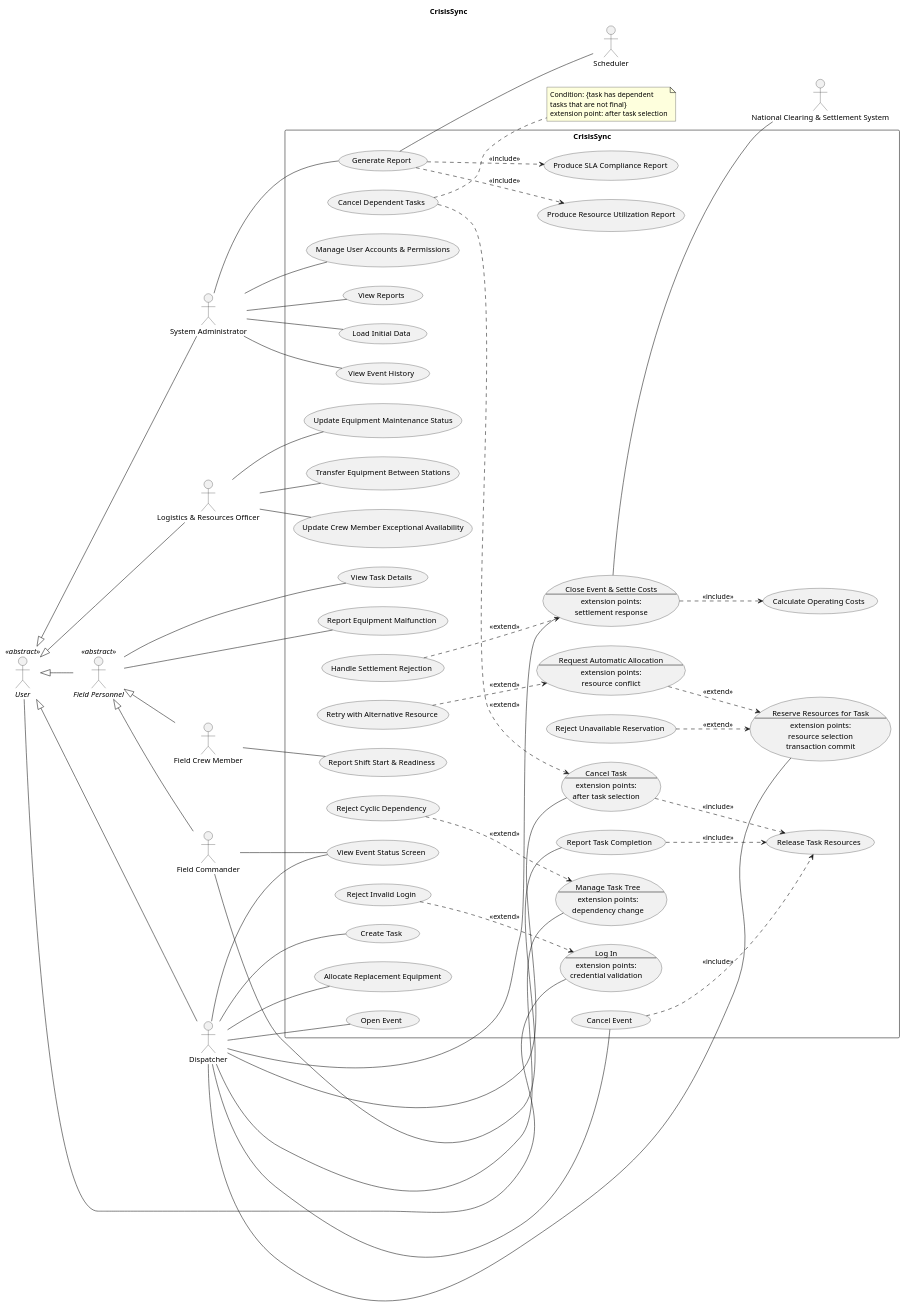
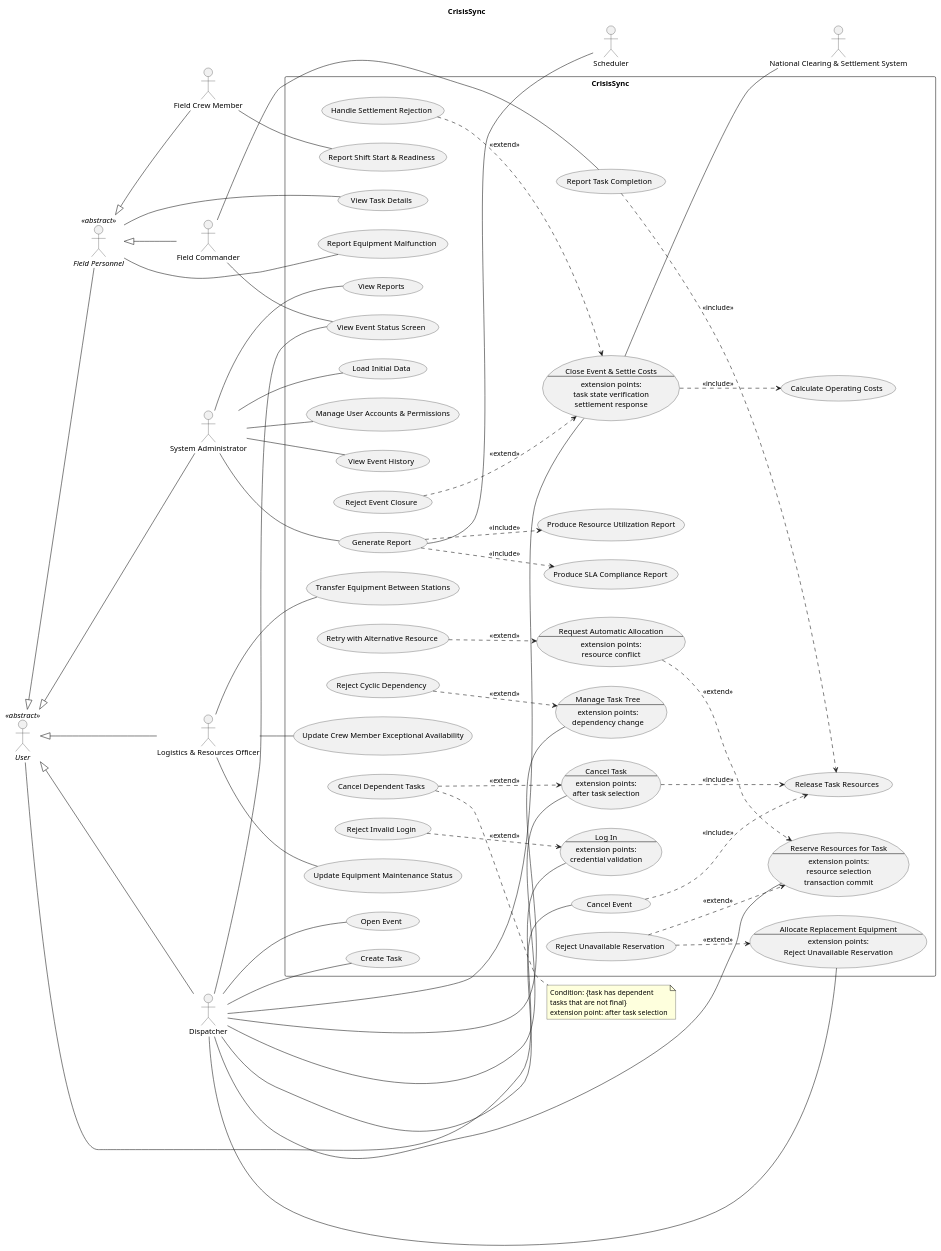
Before and after one commit to Zer0Hiro/CrysisSync: the diagram in UseCase/useCase.puml, drawn with PlantUML. The commit also changed 3 other files, not shown here.

First line of the commit message:
Add exception use cases for event closure and replacement reservation

```diff
--- a/UseCase/useCase.puml
+++ b/UseCase/useCase.puml
@@ -1,152 +1,161 @@
 @startuml
 'skinparam actorStyle awesome
 left to right direction
 title CrisisSync
 
 ' ===== Actors =====
 actor "//User//" as USER <<abstract>>
 actor "System Administrator" as SA
 actor "Logistics & Resources Officer" as LO
 actor "Dispatcher" as D
 actor "//Field Personnel//" as FP <<abstract>>
 actor "Field Commander" as FC
 actor "Field Crew Member" as FCM
 actor "National Clearing & Settlement System" as NCSS
 actor "Scheduler" as SCHED
 
 ' ===== Actor generalization (parent <|-- child: arrow still points to parent; parent is laid out to the left) =====
 USER <|-- SA
 USER <|-- LO
 USER <|-- D
 USER <|-- FP
 FP <|-- FC
 FP <|-- FCM
 
 ' ===== System boundary =====
 rectangle "CrisisSync" {
   usecase Login as "Log In
 --
 extension points:
 credential validation"
   usecase "Reject Invalid Login" as RejectLogin
 
   ' --- Administration ---
   usecase "Manage User Accounts & Permissions" as ManageUsers
   usecase "Load Initial Data" as LoadData
   usecase "View Event History" as EventHistory
   usecase "Generate Report" as GenerateReport
   usecase "Produce SLA Compliance Report" as SLAReport
   usecase "Produce Resource Utilization Report" as UtilizationReport
   usecase "View Reports" as ViewReports
 
   ' --- Resource Management ---
   usecase "Update Equipment Maintenance Status" as Maintenance
   usecase "Transfer Equipment Between Stations" as TransferEquipment
   usecase "Update Crew Member Exceptional Availability" as ExceptionalAvailability
 
   ' --- Event & Task Management ---
   usecase "Open Event" as OpenEvent
   usecase "Create Task" as CreateTask
   usecase "Cancel Event" as CancelEvent
   usecase ManageTaskTree as "Manage Task Tree
 --
 extension points:
 dependency change"
   usecase "Reject Cyclic Dependency" as RejectCycle
   usecase ReserveResources as "Reserve Resources for Task
 --
 extension points:
 resource selection
 transaction commit"
   usecase AutoAllocation as "Request Automatic Allocation
 --
 extension points:
 resource conflict"
   usecase "Retry with Alternative Resource" as RetryAlternative
   usecase "Reject Unavailable Reservation" as RejectReservation
-  usecase "Allocate Replacement Equipment" as ReplaceEquipment
+  usecase ReplaceEquipment as "Allocate Replacement Equipment
+--
+extension points:
+Reject Unavailable Reservation"
   usecase CancelTask as "Cancel Task
 --
 extension points:
 after task selection"
   usecase "Cancel Dependent Tasks" as CancelDependents
   usecase "Release Task Resources" as ReleaseResources
   usecase "View Event Status Screen" as EventStatus
   usecase CloseEvent as "Close Event & Settle Costs
 --
 extension points:
+task state verification
 settlement response"
   usecase "Calculate Operating Costs" as CalculateCosts
   usecase "Handle Settlement Rejection" as SettlementRejection
+  usecase "Reject Event Closure" as RejectClosure
 
   ' --- Field Operations ---
   usecase "Report Task Completion" as TaskCompletion
   usecase "View Task Details" as TaskDetails
   usecase "Report Equipment Malfunction" as EquipmentMalfunction
   usecase "Report Shift Start & Readiness" as ShiftReadiness
 }
 
 ' ===== Associations: primary actors (left) =====
 USER -- Login
 
 SA -- ManageUsers
 SA -- LoadData
 SA -- EventHistory
 SA -- GenerateReport
 SA -- ViewReports
 
 LO -- Maintenance
 LO -- TransferEquipment
 LO -- ExceptionalAvailability
 
 D -- OpenEvent
 D -- CreateTask
 D -- CancelEvent
 D -- ManageTaskTree
 D -- ReserveResources
 D -- ReplaceEquipment
 D -- CancelTask
 D -- EventStatus
 D -- CloseEvent
 
 FC -- EventStatus
 FC -- TaskCompletion
 FP -- TaskDetails
 FP -- EquipmentMalfunction
 FCM -- ShiftReadiness
 
 ' ===== Non-human actors (right): UC written first so the actor is placed right of the boundary =====
 CloseEvent -- NCSS
 GenerateReport -- SCHED
 
 ' ===== Include (base ..> included) =====
 CancelEvent ..> ReleaseResources : <<include>>
 CancelTask ..> ReleaseResources : <<include>>
 TaskCompletion ..> ReleaseResources : <<include>>
 GenerateReport ..> SLAReport : <<include>>
 GenerateReport ..> UtilizationReport : <<include>>
 CloseEvent ..> CalculateCosts : <<include>>
 
 ' ===== Extend (extension ..> base) =====
 RejectLogin ..> Login : <<extend>>
 RejectCycle ..> ManageTaskTree : <<extend>>
 AutoAllocation ..> ReserveResources : <<extend>>
 RetryAlternative ..> AutoAllocation : <<extend>>
 RejectReservation ..> ReserveResources : <<extend>>
+RejectReservation ..> ReplaceEquipment : <<extend>>
 CancelDependents ..> CancelTask : <<extend>>
 SettlementRejection ..> CloseEvent : <<extend>>
+RejectClosure ..> CloseEvent : <<extend>>
 
 ' ===== Extend conditions (extension point: condition) =====
 ' Reject Invalid Login         -> credential validation: {username or password is wrong}
 ' Reject Cyclic Dependency     -> dependency change: {new dependency would create a cycle}
 ' Request Automatic Allocation -> resource selection: {Dispatcher chooses automatic allocation}
 ' Retry with Alt. Resource     -> resource conflict: {chosen resource taken concurrently; max 2 retries}
 ' Reject Unavailable Reserv.   -> transaction commit: {a requested resource is not available; rollback}
+' Reject Unavailable Reserv.   -> Reject Unavailable Reservation (Allocate Replacement Equipment): {replacement item reserved concurrently; rollback}
 ' Handle Settlement Rejection  -> settlement response: {external system rejects the settlement}
+' Reject Event Closure         -> task state verification: {a task of the event is not Completed or Cancelled}
 note right of CancelDependents
   Condition: {task has dependent
   tasks that are not final}
   extension point: after task selection
 end note
 
 @enduml
```
